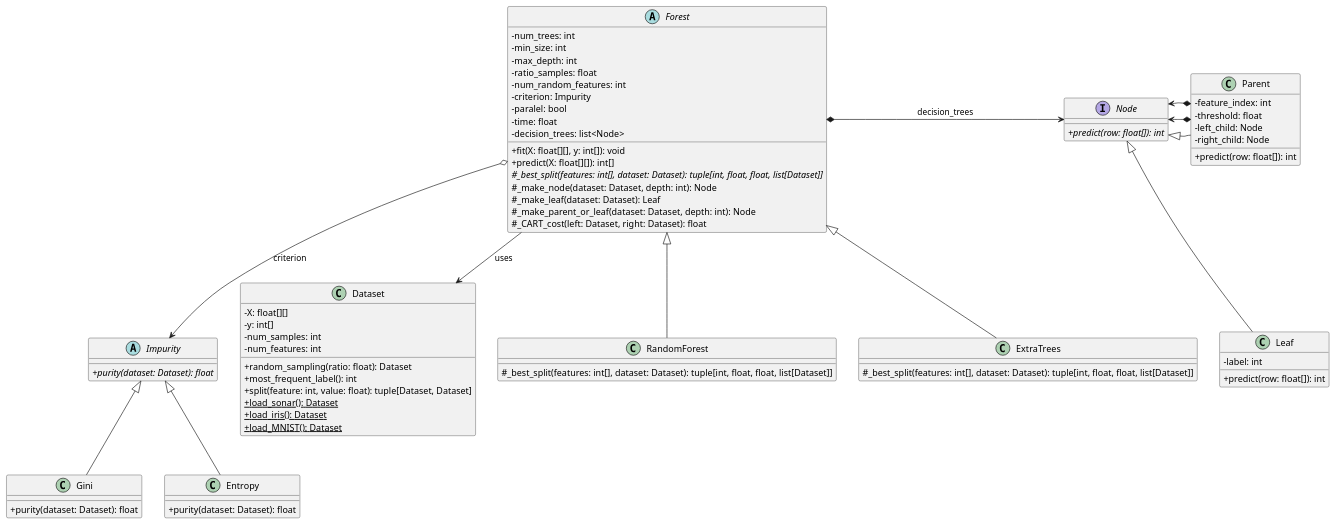
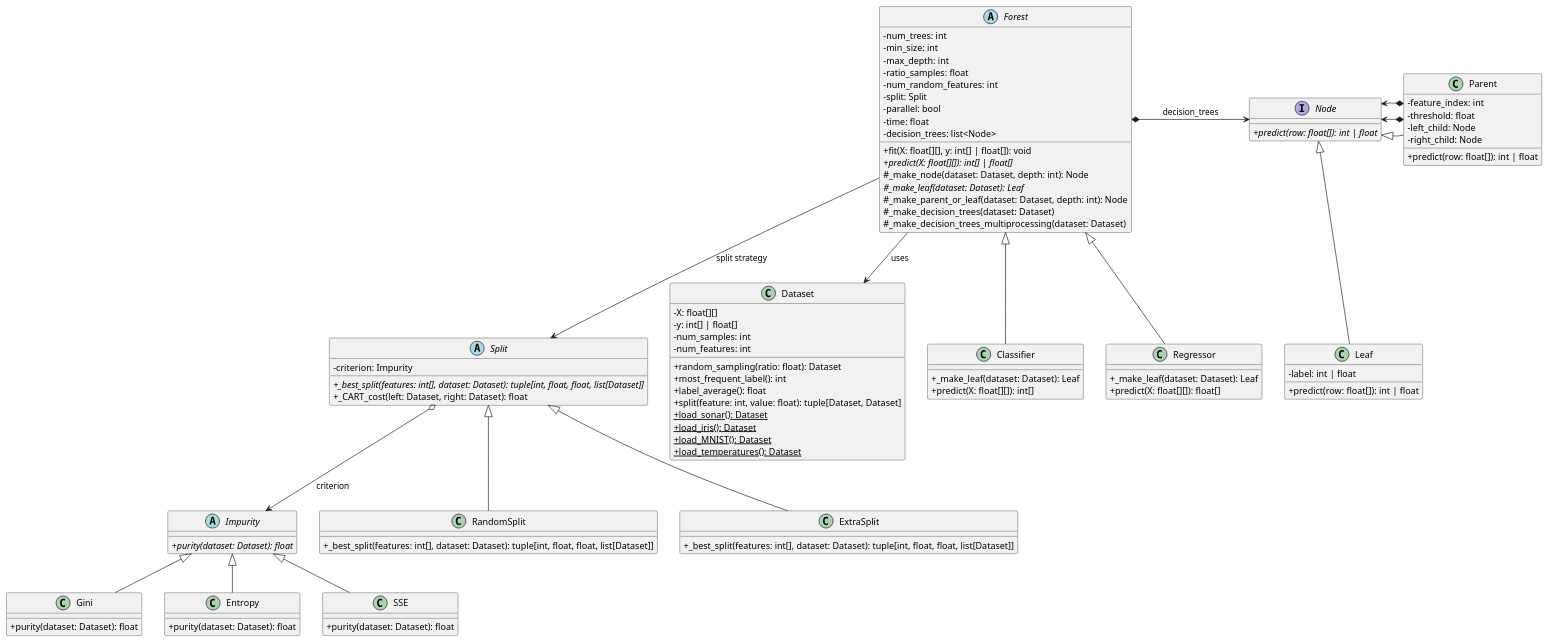
One commit to NIU1703664/OOP changed the diagram in practica/design.puml. Above: the diagram before and after it, drawn with PlantUML.

Commit message:
Update UML

```diff
--- a/practica/design.puml
+++ b/practica/design.puml
@@ -1,86 +1,115 @@
 @startuml
 skinparam classAttributeIconSize 0
 skinparam noteFontSize 11
 
 abstract class Impurity {
   {abstract}+ purity(dataset: Dataset): float
 }
 
 class Gini {
   + purity(dataset: Dataset): float
 }
 
 class Entropy {
   + purity(dataset: Dataset): float
 }
 
+class SSE {
+  + purity(dataset: Dataset): float
+}
+
+Impurity <|-- Gini
+Impurity <|-- Entropy
+Impurity <|-- SSE
+
+abstract class Split {
+  - criterion: Impurity
+  {abstract}+ _best_split(features: int[], dataset: Dataset): tuple[int, float, float, list[Dataset]]
+  + _CART_cost(left: Dataset, right: Dataset): float
+}
+
+class RandomSplit {
+  + _best_split(features: int[], dataset: Dataset): tuple[int, float, float, list[Dataset]]
+}
+
+class ExtraSplit {
+  + _best_split(features: int[], dataset: Dataset): tuple[int, float, float, list[Dataset]]
+}
+
 class Dataset {
   - X: float[][]
-  - y: int[]
+  - y: int[] | float[]
   - num_samples: int
   - num_features: int
+  
   + random_sampling(ratio: float): Dataset
   + most_frequent_label(): int
+  + label_average(): float
   + split(feature: int, value: float): tuple[Dataset, Dataset]
   + load_sonar(): Dataset {static}
   + load_iris(): Dataset {static}
   + load_MNIST(): Dataset {static}
+  + load_temperatures(): Dataset {static}
 }
 
 interface Node {
-  {abstract}+ predict(row: float[]): int
+  {abstract}+ predict(row: float[]): int | float
 }
 
 class Leaf {
-  - label: int
-  + predict(row: float[]): int
+  - label: int | float
+  + predict(row: float[]): int | float
 }
 
 class Parent {
   - feature_index: int
   - threshold: float
   - left_child: Node
   - right_child: Node
-  + predict(row: float[]): int
+  + predict(row: float[]): int | float
 }
 
 abstract class Forest {
   - num_trees: int
   - min_size: int
   - max_depth: int
   - ratio_samples: float
   - num_random_features: int
-  - criterion: Impurity
-  - paralel: bool
+  - split: Split
+  - parallel: bool
   - time: float
   - decision_trees: list<Node>
-  + fit(X: float[][], y: int[]): void
-  + predict(X: float[][]): int[]
-  # {abstract} _best_split(features: int[], dataset: Dataset): tuple[int, float, float, list[Dataset]]
+  
+  + fit(X: float[][], y: int[] | float[]): void
+  {abstract}+ predict(X: float[][]): int[] | float[]
   # _make_node(dataset: Dataset, depth: int): Node
-  # _make_leaf(dataset: Dataset): Leaf
+  {abstract}# _make_leaf(dataset: Dataset): Leaf
   # _make_parent_or_leaf(dataset: Dataset, depth: int): Node
-  # _CART_cost(left: Dataset, right: Dataset): float
+  # _make_decision_trees(dataset: Dataset)
+  # _make_decision_trees_multiprocessing(dataset: Dataset)
 }
 
-class RandomForest {
-  # _best_split(features: int[], dataset: Dataset): tuple[int, float, float, list[Dataset]]
+class Classifier {
+  + _make_leaf(dataset: Dataset): Leaf
+  + predict(X: float[][]): int[]
 }
 
-class ExtraTrees {
-  # _best_split(features: int[], dataset: Dataset): tuple[int, float, float, list[Dataset]]
+class Regressor {
+  + _make_leaf(dataset: Dataset): Leaf
+  + predict(X: float[][]): float[]
 }
 
-Impurity <|-- Gini
-Impurity <|-- Entropy
+Forest <|-- Classifier
+Forest <|-- Regressor
+Forest *-right-> Node : decision_trees
+Forest --> Split : split strategy
+Forest --> Dataset : uses
+Split o--> Impurity : criterion
 Node <|-- Leaf
 Node <|-- Parent
 Parent *-left-> Node
 Parent *-right-> Node
-Forest *-right-> Node : decision_trees
-Forest o--> Impurity : criterion
-Forest --> Dataset : uses
-Forest <|-- RandomForest
-Forest <|-- ExtraTrees
+Split <|-- RandomSplit
+Split <|-- ExtraSplit
 
 @enduml
```
